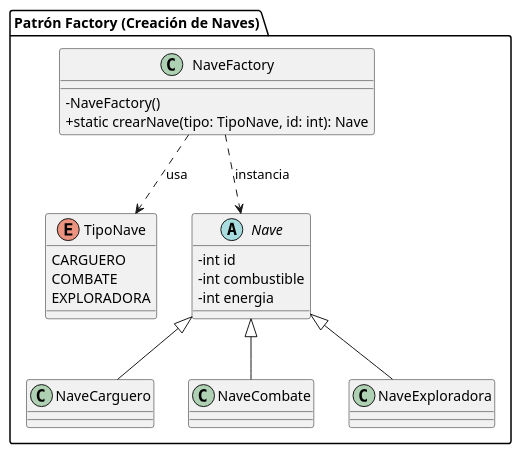
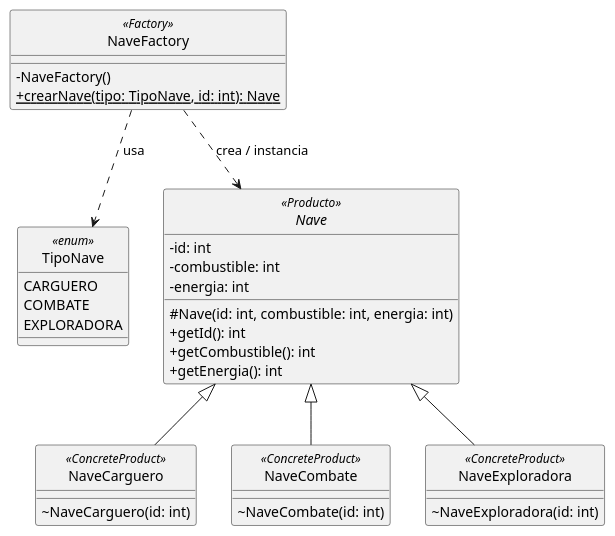
One commit to urielaristegui/TP-prograC-grupo-12 changed the diagram in uml_factory.puml. Above: the diagram before and after it, drawn with PlantUML. The commit also changed 8 other files, not shown here.

```diff
--- a/uml_factory.puml
+++ b/uml_factory.puml
@@ -1,29 +1,41 @@
 @startuml
 skinparam classAttributeIconSize 0
+skinparam monochrome false
+skinparam style strictuml
 
-package "Patrón Factory (Creación de Naves)" {
-    class NaveFactory {
-        - NaveFactory()
-        + static crearNave(tipo: TipoNave, id: int): Nave
-    }
-
-    enum TipoNave {
-        CARGUERO
-        COMBATE
-        EXPLORADORA
-    }
-
-    abstract class Nave {
-        - int id
-        - int combustible
-        - int energia
-    }
-
-    class NaveCarguero extends Nave
-    class NaveCombate extends Nave
-    class NaveExploradora extends Nave
+enum TipoNave <<enum>> {
+    CARGUERO
+    COMBATE
+    EXPLORADORA
 }
 
-NaveFactory ..> Nave : instancia
+class NaveFactory <<Factory>> {
+    - NaveFactory()
+    + {static} crearNave(tipo: TipoNave, id: int): Nave
+}
+
+abstract class Nave <<Producto>> {
+    - id: int
+    - combustible: int
+    - energia: int
+    # Nave(id: int, combustible: int, energia: int)
+    + getId(): int
+    + getCombustible(): int
+    + getEnergia(): int
+}
+
+class NaveCarguero <<ConcreteProduct>> extends Nave {
+    ~ NaveCarguero(id: int)
+}
+
+class NaveCombate <<ConcreteProduct>> extends Nave {
+    ~ NaveCombate(id: int)
+}
+
+class NaveExploradora <<ConcreteProduct>> extends Nave {
+    ~ NaveExploradora(id: int)
+}
+
+NaveFactory ..> Nave : crea / instancia
 NaveFactory ..> TipoNave : usa
 @enduml
```
